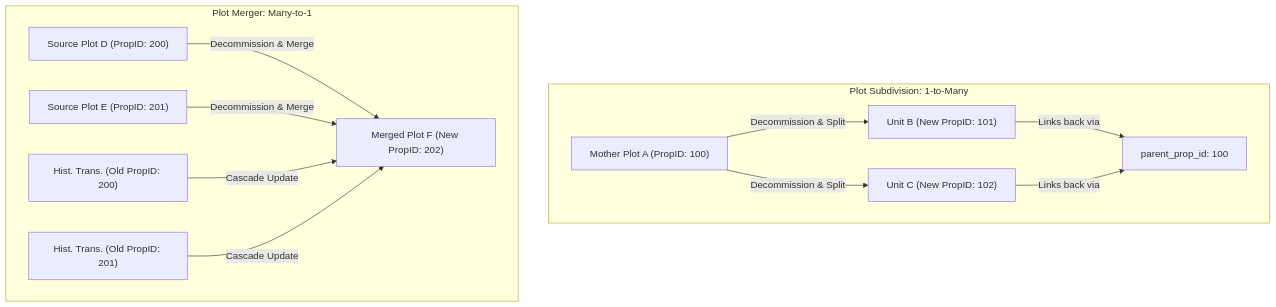
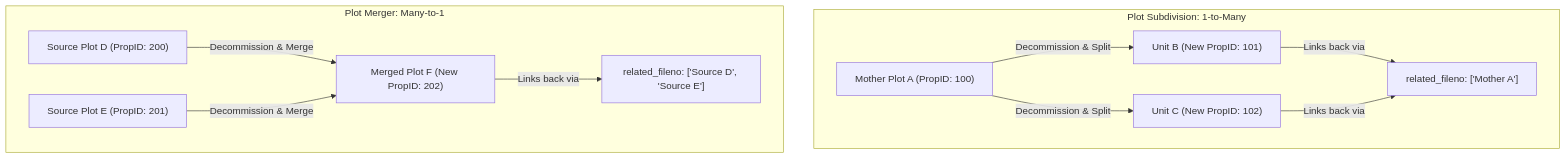
Before and after one commit to ktalib/klaes_edms_1.2: the first of 2 diagrams in docs/plans/PLOT_MANAGEMENT_STUDY.md, drawn with Mermaid. The commit also changed other lines of this file and 28 other files, not shown here.

````diff
--- a/docs/plans/PLOT_MANAGEMENT_STUDY.md
+++ b/docs/plans/PLOT_MANAGEMENT_STUDY.md
@@ -21,19 +23,18 @@
 ```mermaid
 graph TD
     subgraph Subdivision [Plot Subdivision: 1-to-Many]
         S_Mother["Mother Plot A (PropID: 100)"]
         S_Mother -->|Decommission & Split| UnitB["Unit B (New PropID: 101)"]
         S_Mother -->|Decommission & Split| UnitC["Unit C (New PropID: 102)"]
-        UnitB -->|Links back via| ParentID["parent_prop_id: 100"]
-        UnitC -->|Links back via| ParentID
+        UnitB -->|Links back via| RelatedField["related_fileno: ['Mother A']"]
+        UnitC -->|Links back via| RelatedField
     end
 
     subgraph Merger [Plot Merger: Many-to-1]
         M_SourceD["Source Plot D (PropID: 200)"]
         M_SourceE["Source Plot E (PropID: 201)"]
         M_SourceD -->|Decommission & Merge| PlotF["Merged Plot F (New PropID: 202)"]
         M_SourceE -->|Decommission & Merge| PlotF
-        HistD["Hist. Trans. (Old PropID: 200)"] -->|Cascade Update| PlotF
-        HistE["Hist. Trans. (Old PropID: 201)"] -->|Cascade Update| PlotF
+        PlotF -->|Links back via| RelatedFieldM["related_fileno: ['Source D', 'Source E']"]
     end
 ```
````
